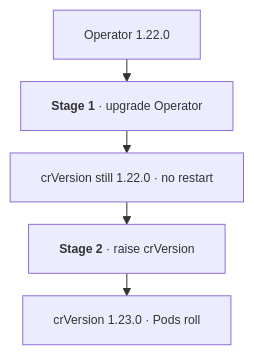
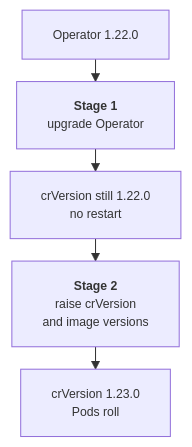
One commit to percona/k8spsmdb-docs changed the diagram in docs/update.md. Above: the diagram before and after it, drawn with Mermaid. The commit also changed other lines of this file and 2 other files, not shown here.

````diff
--- a/docs/update.md
+++ b/docs/update.md
@@ -14,10 +18,10 @@
 ```mermaid
 %%{init: {"flowchart": {"nodeSpacing": 14, "rankSpacing": 22, "useMaxWidth": false}, "themeVariables": {"fontSize": "12px"}} }%%
-flowchart TD
+flowchart TB
   A["Operator 1.22.0"]
-  B["<b>Stage 1</b> · upgrade Operator"]
-  C["crVersion still 1.22.0 · no restart"]
-  D["<b>Stage 2</b> · raise crVersion"]
-  E["crVersion 1.23.0 · Pods roll"]
+  B["<b>Stage 1</b> <br> upgrade Operator"]
+  C["crVersion still 1.22.0 <br> no restart"]
+  D["<b>Stage 2</b> <br> raise crVersion <br> and image versions"]
+  E["crVersion 1.23.0 <br> Pods roll"]
   A --> B --> C --> D --> E
 ```
````
